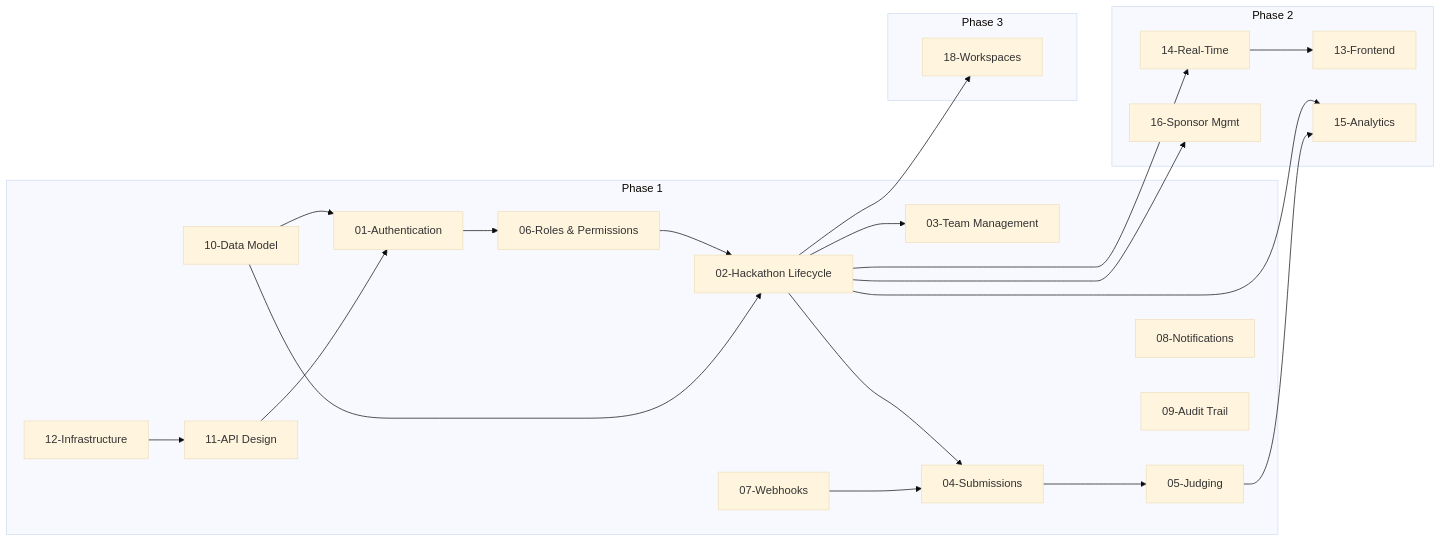
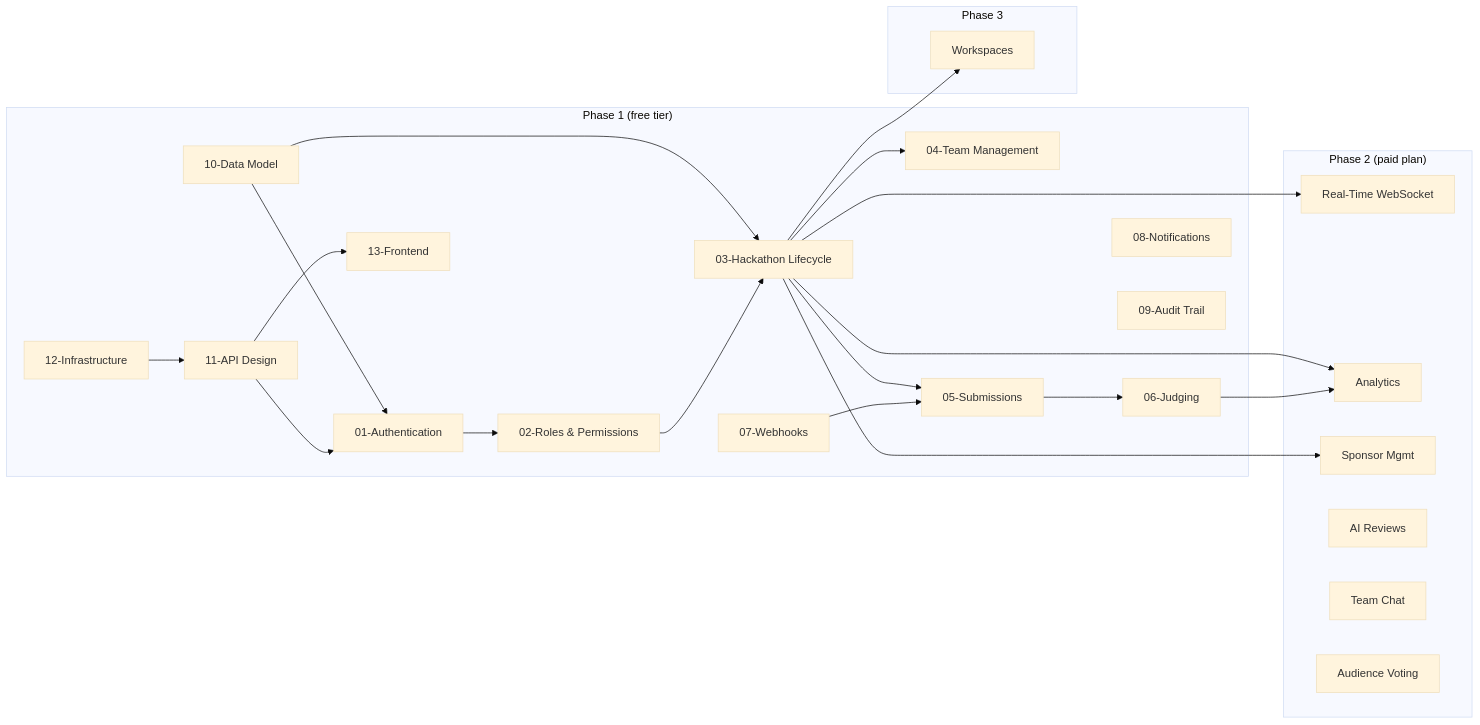
One commit to devangshupandey2025-stack/DevSage changed the seventh of 7 diagrams in docs/v3/planned/00-overview.md. Above: the diagram before and after it, drawn with Mermaid (base theme). The commit also changed other lines of this file and 99 other files, not shown here.

````diff
--- a/docs/v3/planned/00-overview.md
+++ b/docs/v3/planned/00-overview.md
@@ -523,51 +456,50 @@
 ```mermaid
 flowchart LR
-    subgraph P1["Phase 1"]
+    subgraph P1["Phase 1 (free tier)"]
+        DATA["10-Data Model"]
+        INFRA["12-Infrastructure"]
+        APID["11-API Design"]
         AUTH["01-Authentication"]
-        HACK["02-Hackathon Lifecycle"]
-        TEAM["03-Team Management"]
-        SUB["04-Submissions"]
-        JUDGE["05-Judging"]
-        ROLES["06-Roles & Permissions"]
+        ROLES["02-Roles & Permissions"]
+        HACK["03-Hackathon Lifecycle"]
+        TEAM["04-Team Management"]
+        SUB["05-Submissions"]
+        JUDGE["06-Judging"]
         HOOK["07-Webhooks"]
         NOTIF["08-Notifications"]
         AUDIT["09-Audit Trail"]
-        DATA["10-Data Model"]
-        APID["11-API Design"]
-        INFRA["12-Infrastructure"]
+        FE["13-Frontend"]
     end
 
-    subgraph P2["Phase 2"]
-        FE["13-Frontend"]
-        RTME["14-Real-Time"]
-        ANLY["15-Analytics"]
-        SPON["16-Sponsor Mgmt"]
-
+    subgraph P2["Phase 2 (paid plan)"]
+        RTME["Real-Time WebSocket"]
+        ANLY["Analytics"]
+        SPON["Sponsor Mgmt"]
+        AIVW["AI Reviews"]
+        TCHAT["Team Chat"]
+        AVOTE["Audience Voting"]
     end
 
     subgraph P3["Phase 3"]
-        FED["18-Workspaces"]
-
+        FED["Workspaces"]
     end
 
+    DATA --> AUTH
+    DATA --> HACK
+    INFRA --> APID
+    APID --> AUTH
     AUTH --> ROLES
     ROLES --> HACK
     HACK --> TEAM
     HACK --> SUB
     SUB --> JUDGE
     HOOK --> SUB
-    DATA --> AUTH
-    DATA --> HACK
-    APID --> AUTH
-    INFRA --> APID
+    APID --> FE
 
     HACK --> RTME
     HACK --> ANLY
     JUDGE --> ANLY
-    RTME --> FE
     HACK --> SPON
 
-
     HACK --> FED
-
 ```
````
